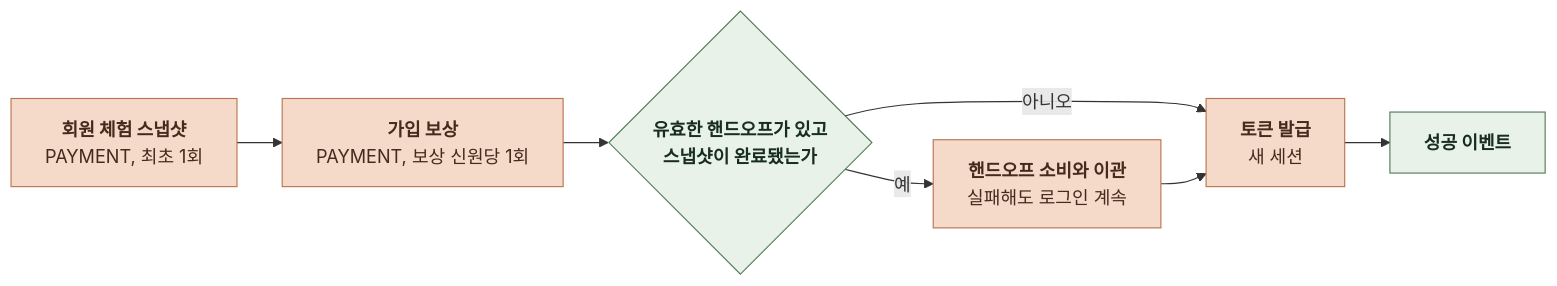
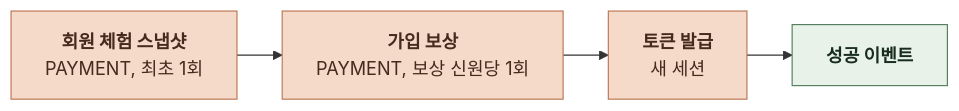
One commit to KIM-N-KANG/knk-harness changed the fourth of 15 diagrams in docs/domain/ACCOUNT/BACKEND/4-1-PIPELINES.md. Above: the diagram before and after it, drawn with Mermaid. The commit also changed other lines of this file and 15 other files, not shown here.

Commit message:
[KNK-1709] Docs: 로그인 핸드오프 제거 (#407)

````diff
--- a/docs/domain/ACCOUNT/BACKEND/4-1-PIPELINES.md
+++ b/docs/domain/ACCOUNT/BACKEND/4-1-PIPELINES.md
@@ -136,19 +133,14 @@
 ```mermaid
 %%{init: {"flowchart": {"curve": "basis", "nodeSpacing": 24, "rankSpacing": 40}}}%%
 flowchart LR
     A["`**회원 체험 스냅샷**
 PAYMENT, 최초 1회`"] --> B["`**가입 보상**
 PAYMENT, 보상 신원당 1회`"]
-    B --> C{"`**유효한 핸드오프가 있고
-스냅샷이 완료됐는가**`"}
-    C -->|예| D["`**핸드오프 소비와 이관**
-실패해도 로그인 계속`"]
-    C -->|아니오| E["`**토큰 발급**
+    B --> E["`**토큰 발급**
 새 세션`"]
-    D --> E
     E --> F["`**성공 이벤트**`"]
     classDef comp fill:#E8F2E8,stroke:#527A59,color:#182D1D
     classDef task fill:#F5D9C9,stroke:#B97450,color:#452B1D
-    class C,F comp
-    class A,B,D,E task
+    class F comp
+    class A,B,E task
 ```
````
